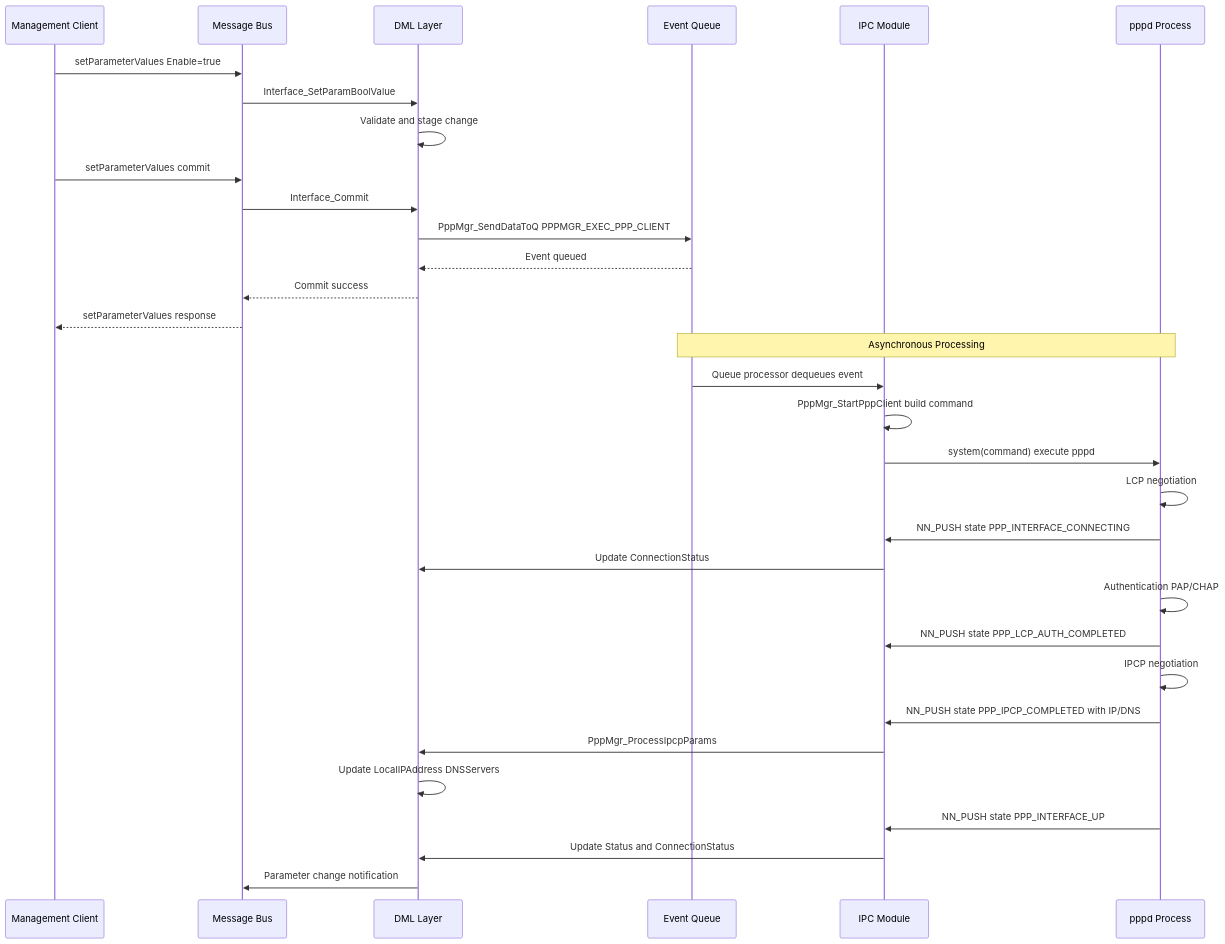
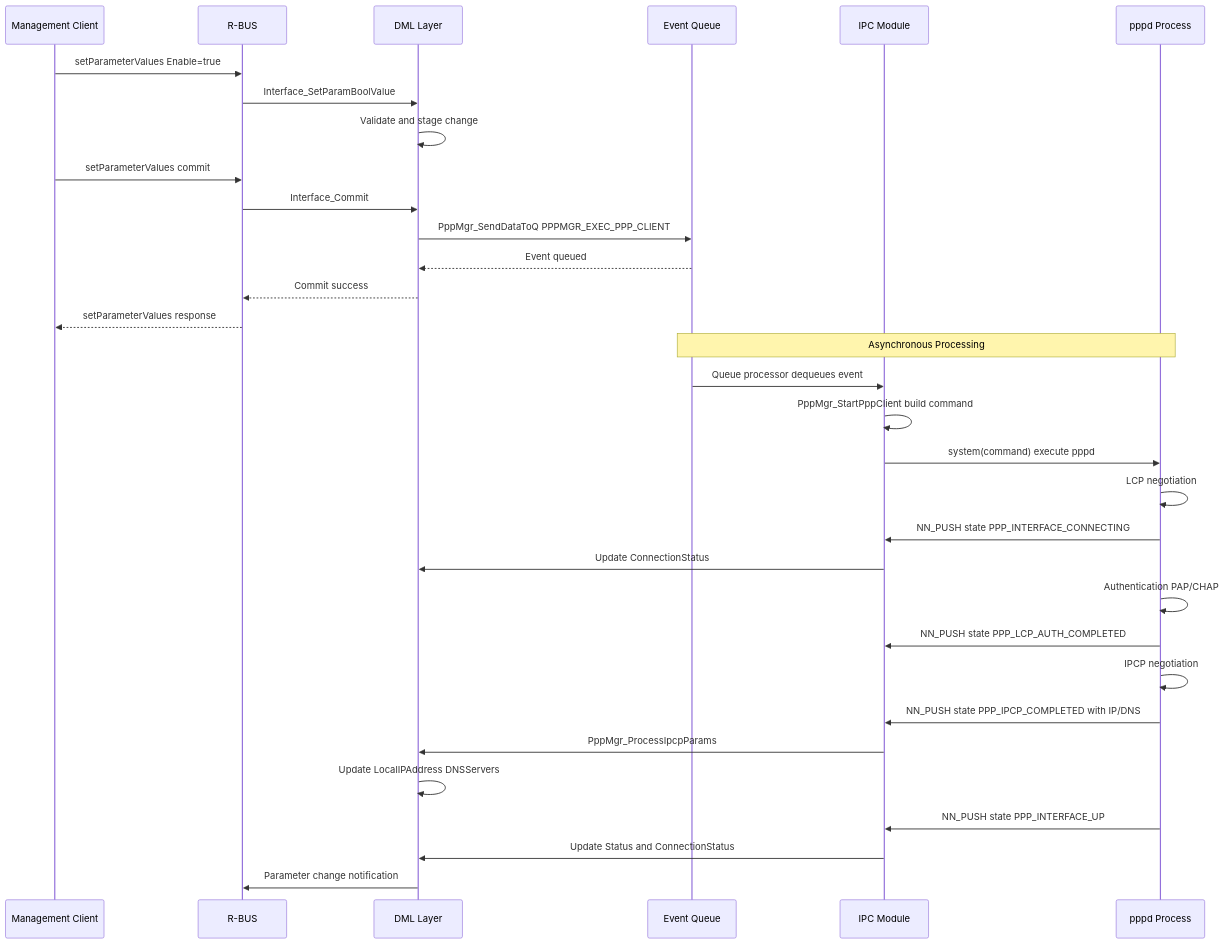
One commit to rdkcentral/RdkPppManager changed the sixth of 7 diagrams in README.md. Above: the diagram before and after it, drawn with Mermaid. The commit also changed other lines of this file, not shown here.

````diff
--- a/README.md
+++ b/README.md
@@ -477,42 +474,42 @@
 ```mermaid
 sequenceDiagram
     participant Client as Management Client
-    participant MB as Message Bus
+    participant MB as R-BUS
     participant DML as DML Layer
     participant Queue as Event Queue
     participant IPC as IPC Module
     participant PPPD as pppd Process
 
     Client->>MB: setParameterValues Enable=true
     MB->>DML: Interface_SetParamBoolValue
     DML->>DML: Validate and stage change
     Client->>MB: setParameterValues commit
     MB->>DML: Interface_Commit
-    
+
     DML->>Queue: PppMgr_SendDataToQ PPPMGR_EXEC_PPP_CLIENT
     Queue-->>DML: Event queued
     DML-->>MB: Commit success
     MB-->>Client: setParameterValues response
-    
+
     Note over Queue,PPPD: Asynchronous Processing
-    
+
     Queue->>IPC: Queue processor dequeues event
     IPC->>IPC: PppMgr_StartPppClient build command
     IPC->>PPPD: system(command) execute pppd
-    
+
     PPPD->>PPPD: LCP negotiation
     PPPD->>IPC: NN_PUSH state PPP_INTERFACE_CONNECTING
     IPC->>DML: Update ConnectionStatus
-    
+
     PPPD->>PPPD: Authentication PAP/CHAP
     PPPD->>IPC: NN_PUSH state PPP_LCP_AUTH_COMPLETED
-    
+
     PPPD->>PPPD: IPCP negotiation
     PPPD->>IPC: NN_PUSH state PPP_IPCP_COMPLETED with IP/DNS
     IPC->>DML: PppMgr_ProcessIpcpParams
     DML->>DML: Update LocalIPAddress DNSServers
-    
+
     PPPD->>IPC: NN_PUSH state PPP_INTERFACE_UP
     IPC->>DML: Update Status and ConnectionStatus
     DML->>MB: Parameter change notification
 ```
````
